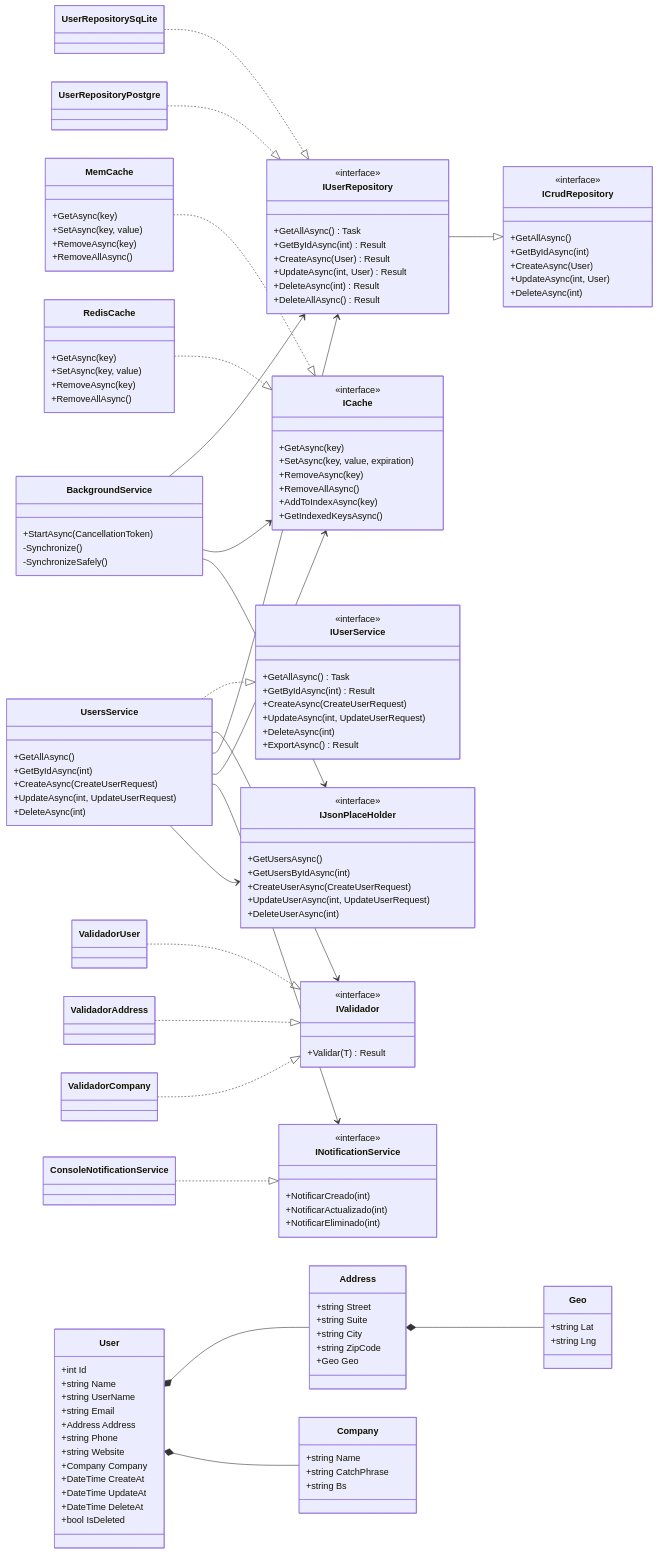
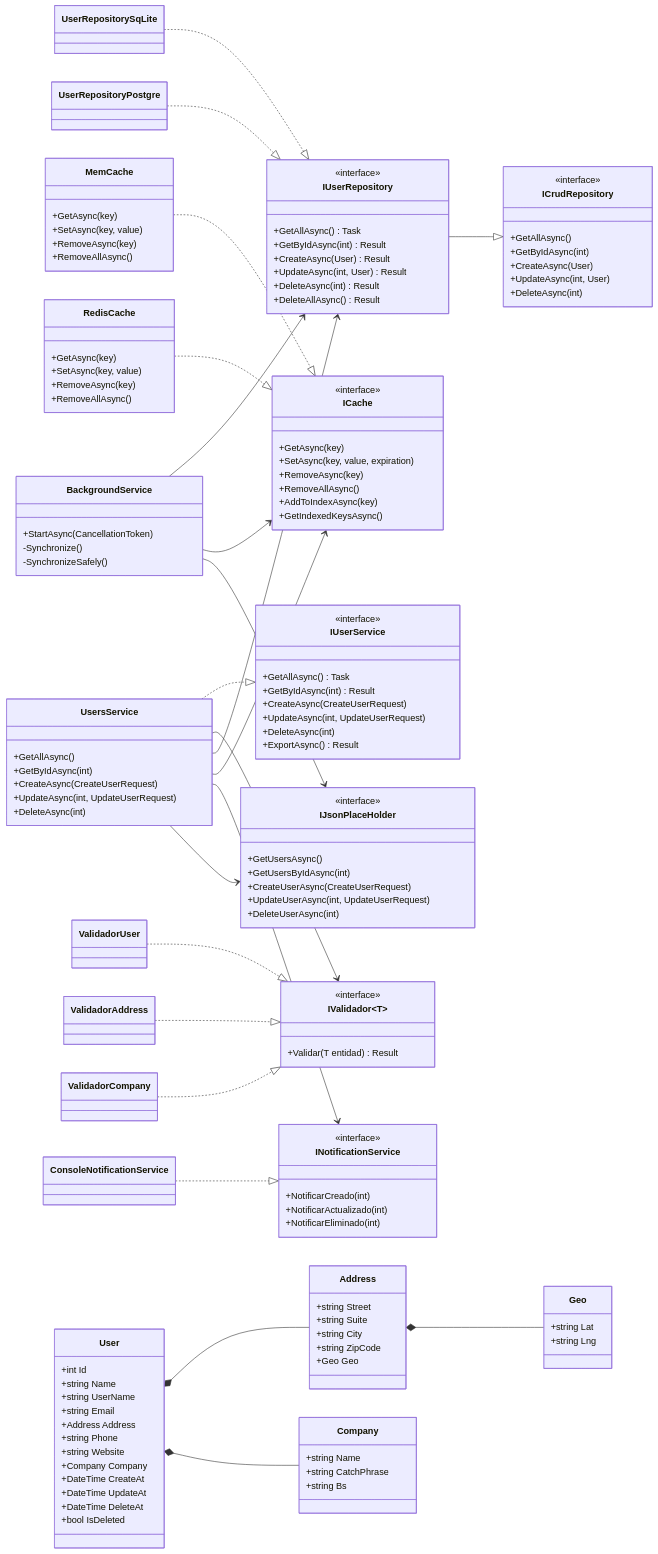
One commit to Antukiller/Practica-RepositorioRemoto changed the third of 7 diagrams in Practicas-RepositorioRemoto/DOCUMETACION.md. Above: the diagram before and after it, drawn with Mermaid. The commit also changed other lines of this file and 5 other files, not shown here.

```diff
--- a/Practicas-RepositorioRemoto/DOCUMETACION.md
+++ b/Practicas-RepositorioRemoto/DOCUMETACION.md
@@ -302,6 +302,7 @@
         +DeleteAsync(int) Result
         +DeleteAllAsync() Result
     }
+
     class ICrudRepository {
         <<interface>>
         +GetAllAsync()
@@ -310,6 +311,7 @@
         +UpdateAsync(int, User)
         +DeleteAsync(int)
     }
+
     class IUserService {
         <<interface>>
         +GetAllAsync() Task
@@ -319,6 +321,7 @@
         +DeleteAsync(int)
         +ExportAsync() Result
     }
+
     class UsersService {
         +GetAllAsync()
         +GetByIdAsync(int)
@@ -326,11 +329,13 @@
         +UpdateAsync(int, UpdateUserRequest)
         +DeleteAsync(int)
     }
+
     class BackgroundService {
         +StartAsync(CancellationToken)
         -Synchronize()
         -SynchronizeSafely()
     }
+
     class ICache {
         <<interface>>
         +GetAsync(key)
@@ -340,25 +345,30 @@
         +AddToIndexAsync(key)
         +GetIndexedKeysAsync()
     }
+
     class MemCache {
         +GetAsync(key)
         +SetAsync(key, value)
         +RemoveAsync(key)
         +RemoveAllAsync()
     }
+
     class RedisCache {
         +GetAsync(key)
         +SetAsync(key, value)
         +RemoveAsync(key)
         +RemoveAllAsync()
     }
-    class IValidador {
+
+    class IValidador~T~ {
         <<interface>>
-        +Validar(T) Result
+        +Validar(T entidad) Result
     }
+
     class ValidadorUser
     class ValidadorAddress
     class ValidadorCompany
+
     class IJsonPlaceHolder {
         <<interface>>
         +GetUsersAsync()
@@ -367,13 +377,16 @@
         +UpdateUserAsync(int, UpdateUserRequest)
         +DeleteUserAsync(int)
     }
+
     class INotificationService {
         <<interface>>
         +NotificarCreado(int)
         +NotificarActualizado(int)
         +NotificarEliminado(int)
     }
+
     class ConsoleNotificationService
+
     class User {
         +int Id
         +string Name
@@ -388,6 +401,7 @@
         +DateTime DeleteAt
         +bool IsDeleted
     }
+
     class Address {
         +string Street
         +string Suite
@@ -395,10 +409,12 @@
         +string ZipCode
         +Geo Geo
     }
+
     class Geo {
         +string Lat
         +string Lng
     }
+
     class Company {
         +string Name
         +string CatchPhrase
@@ -411,12 +427,12 @@
     MemCache ..|> ICache
     RedisCache ..|> ICache
     UsersService ..|> IUserService
-    ValidadorUser ..|> IValidador
-    ValidadorAddress ..|> IValidador
-    ValidadorCompany ..|> IValidador
+    ValidadorUser ..|> IValidador~T~
+    ValidadorAddress ..|> IValidador~T~
+    ValidadorCompany ..|> IValidador~T~
     ConsoleNotificationService ..|> INotificationService
 
-    UsersService --> IValidador
+    UsersService --> IValidador~T~
     UsersService --> IUserRepository
     UsersService --> ICache
     UsersService --> INotificationService
```
